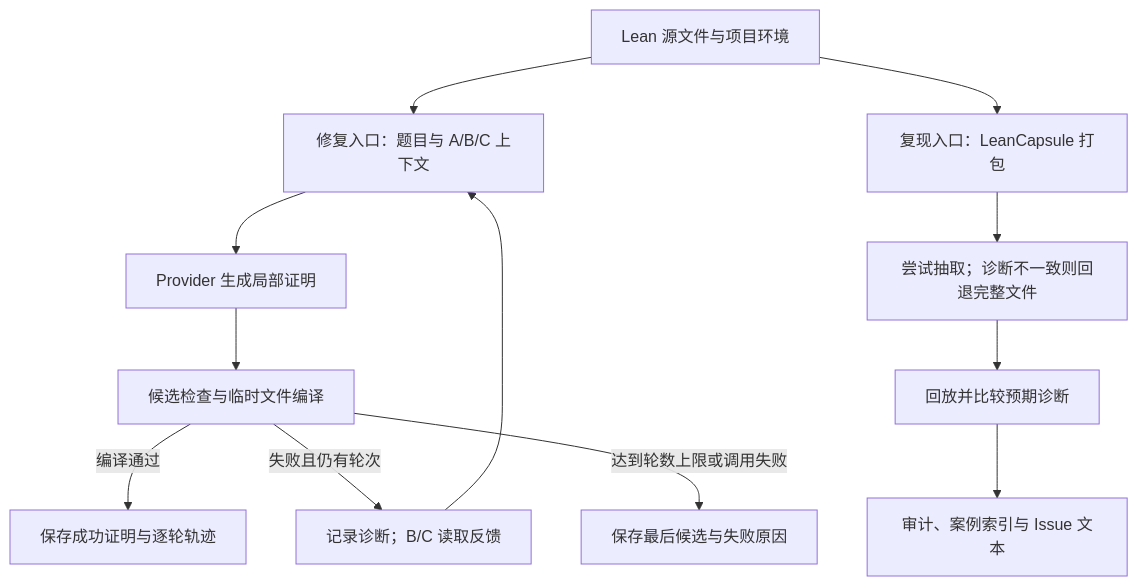
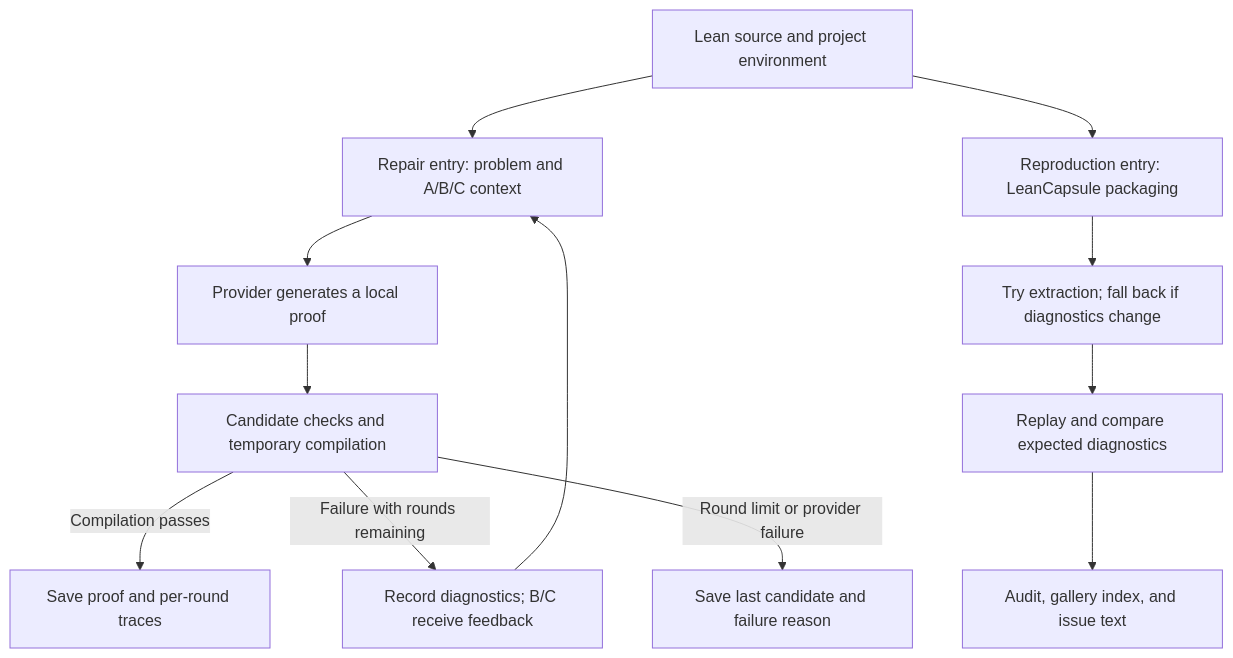
Before and after one commit to WanderingAlgebra/TRACER-Typed-Repair-Agent-with-Compiler-validated-Example-Retrieval: the diagram in README.md, drawn with Mermaid. The commit also changed other lines of this file and 4 other files, not shown here.

````diff
--- a/README.md
+++ b/README.md
@@ -54,14 +58,14 @@
 ```mermaid
 flowchart TD
-    S["Lean 源文件与项目环境"] --> A["修复入口：题目与 A/B/C 上下文"]
-    A --> P["Provider 生成局部证明"]
-    P --> V["候选检查与临时文件编译"]
-    V -->|"编译通过"| O["保存成功证明与逐轮轨迹"]
-    V -->|"失败且仍有轮次"| F["记录诊断；B/C 读取反馈"]
+    S["Lean source and project environment"] --> A["Repair entry: problem and A/B/C context"]
+    A --> P["Provider generates a local proof"]
+    P --> V["Candidate checks and temporary compilation"]
+    V -->|"Compilation passes"| O["Save proof and per-round traces"]
+    V -->|"Failure with rounds remaining"| F["Record diagnostics; B/C receive feedback"]
     F --> A
-    V -->|"达到轮数上限或调用失败"| E["保存最后候选与失败原因"]
-    S --> K["复现入口：LeanCapsule 打包"]
-    K --> X["尝试抽取；诊断不一致则回退完整文件"]
-    X --> R["回放并比较预期诊断"]
-    R --> G["审计、案例索引与 Issue 文本"]
+    V -->|"Round limit or provider failure"| E["Save last candidate and failure reason"]
+    S --> K["Reproduction entry: LeanCapsule packaging"]
+    K --> X["Try extraction; fall back if diagnostics change"]
+    X --> R["Replay and compare expected diagnostics"]
+    R --> G["Audit, gallery index, and issue text"]
 ```
````
